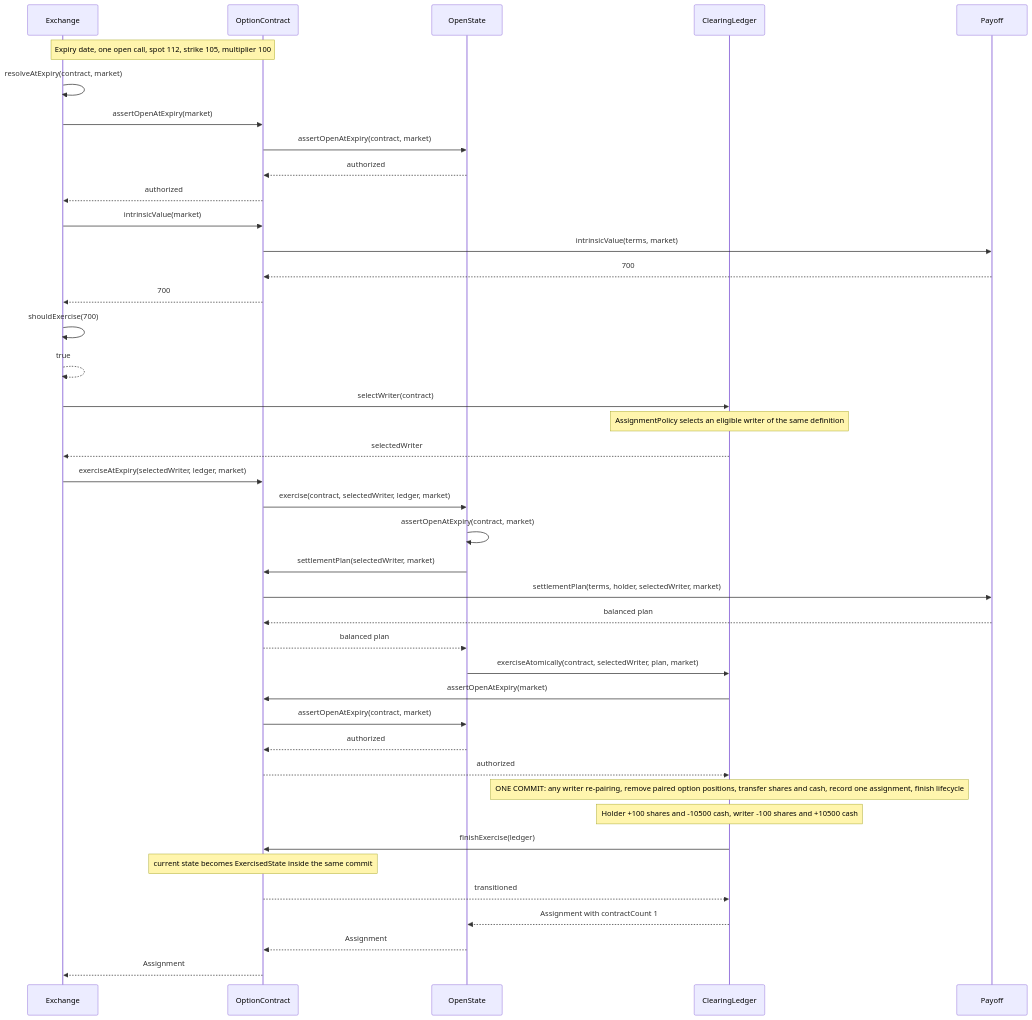
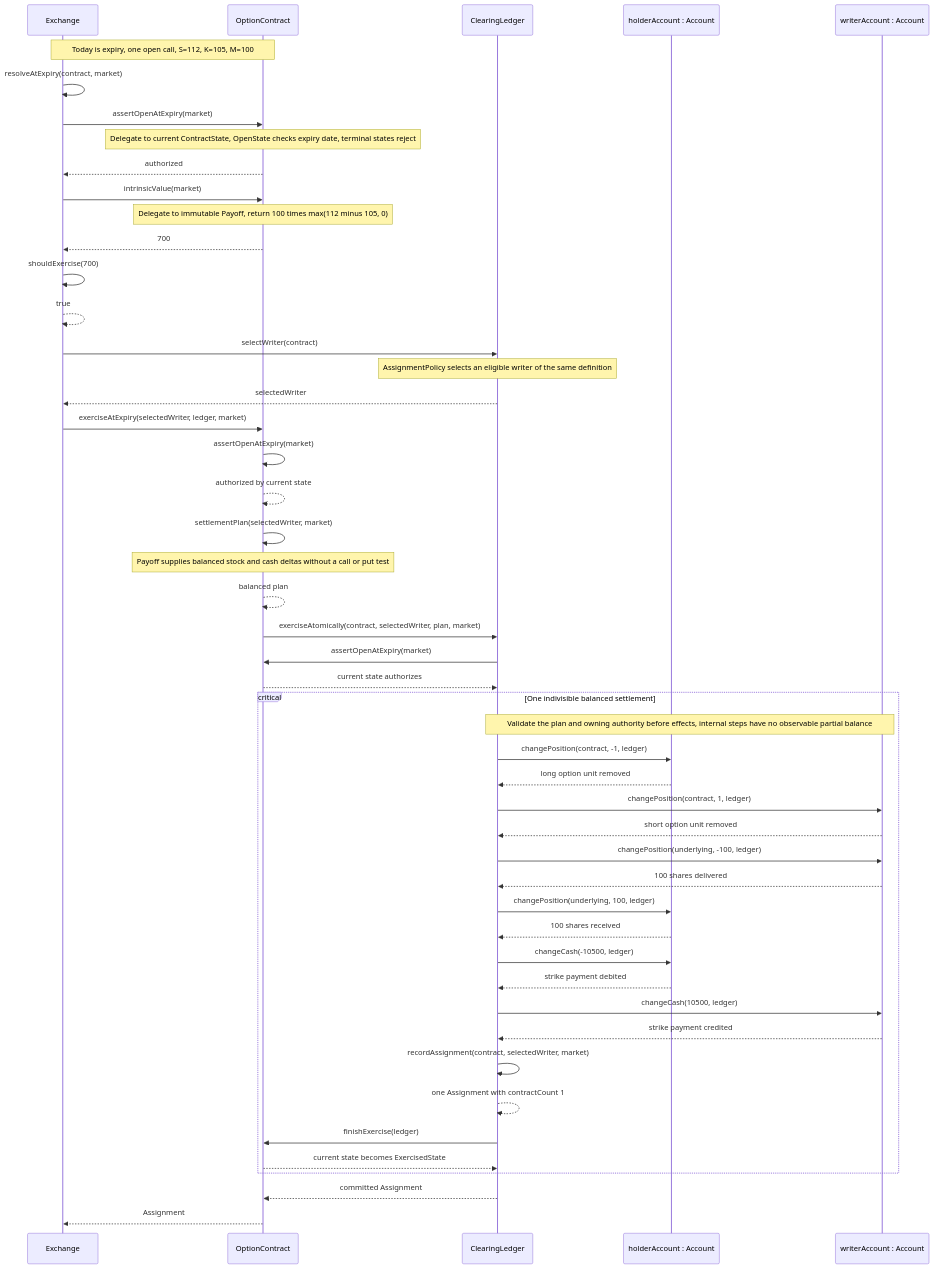
The diagram in design/expiry.md (SHAZAN01/csc582-options-asg2), drawn with Mermaid before and after one commit. The commit also changed other lines of this file and 8 other files, not shown here.

Commit message:
Clarify settlement trace and lifecycle responsibilities

````diff
--- a/design/expiry.md
+++ b/design/expiry.md
@@ -8,47 +9,54 @@
 ```mermaid
 sequenceDiagram
     participant Exchange
     participant OptionContract
-    participant OpenState
     participant ClearingLedger
-    participant Payoff
+    participant Holder as holderAccount : Account
+    participant Writer as writerAccount : Account
 
-    Note over Exchange,OptionContract: Expiry date, one open call, spot 112, strike 105, multiplier 100
+    Note over Exchange,OptionContract: Today is expiry, one open call, S=112, K=105, M=100
     Exchange->>Exchange: resolveAtExpiry(contract, market)
     Exchange->>OptionContract: assertOpenAtExpiry(market)
-    OptionContract->>OpenState: assertOpenAtExpiry(contract, market)
-    OpenState-->>OptionContract: authorized
+    Note over OptionContract: Delegate to current ContractState, OpenState checks expiry date, terminal states reject
     OptionContract-->>Exchange: authorized
-
     Exchange->>OptionContract: intrinsicValue(market)
-    OptionContract->>Payoff: intrinsicValue(terms, market)
-    Payoff-->>OptionContract: 700
+    Note over OptionContract: Delegate to immutable Payoff, return 100 times max(112 minus 105, 0)
     OptionContract-->>Exchange: 700
     Exchange->>Exchange: shouldExercise(700)
     Exchange-->>Exchange: true
-
     Exchange->>ClearingLedger: selectWriter(contract)
     Note over ClearingLedger: AssignmentPolicy selects an eligible writer of the same definition
     ClearingLedger-->>Exchange: selectedWriter
+
     Exchange->>OptionContract: exerciseAtExpiry(selectedWriter, ledger, market)
-    OptionContract->>OpenState: exercise(contract, selectedWriter, ledger, market)
-    OpenState->>OpenState: assertOpenAtExpiry(contract, market)
-    OpenState->>OptionContract: settlementPlan(selectedWriter, market)
-    OptionContract->>Payoff: settlementPlan(terms, holder, selectedWriter, market)
-    Payoff-->>OptionContract: balanced plan
-    OptionContract-->>OpenState: balanced plan
+    OptionContract->>OptionContract: assertOpenAtExpiry(market)
+    OptionContract-->>OptionContract: authorized by current state
+    OptionContract->>OptionContract: settlementPlan(selectedWriter, market)
+    Note over OptionContract: Payoff supplies balanced stock and cash deltas without a call or put test
+    OptionContract-->>OptionContract: balanced plan
+    OptionContract->>ClearingLedger: exerciseAtomically(contract, selectedWriter, plan, market)
+    ClearingLedger->>OptionContract: assertOpenAtExpiry(market)
+    OptionContract-->>ClearingLedger: current state authorizes
 
-    OpenState->>ClearingLedger: exerciseAtomically(contract, selectedWriter, plan, market)
-    ClearingLedger->>OptionContract: assertOpenAtExpiry(market)
-    OptionContract->>OpenState: assertOpenAtExpiry(contract, market)
-    OpenState-->>OptionContract: authorized
-    OptionContract-->>ClearingLedger: authorized
-    Note over ClearingLedger: ONE COMMIT: any writer re-pairing, remove paired option positions, transfer shares and cash, record one assignment, finish lifecycle
-    Note over ClearingLedger: Holder +100 shares and -10500 cash, writer -100 shares and +10500 cash
-    ClearingLedger->>OptionContract: finishExercise(ledger)
-    Note over OptionContract: current state becomes ExercisedState inside the same commit
-    OptionContract-->>ClearingLedger: transitioned
-    ClearingLedger-->>OpenState: Assignment with contractCount 1
-    OpenState-->>OptionContract: Assignment
+    critical One indivisible balanced settlement
+        Note over ClearingLedger,Writer: Validate the plan and owning authority before effects, internal steps have no observable partial balance
+        ClearingLedger->>Holder: changePosition(contract, -1, ledger)
+        Holder-->>ClearingLedger: long option unit removed
+        ClearingLedger->>Writer: changePosition(contract, 1, ledger)
+        Writer-->>ClearingLedger: short option unit removed
+        ClearingLedger->>Writer: changePosition(underlying, -100, ledger)
+        Writer-->>ClearingLedger: 100 shares delivered
+        ClearingLedger->>Holder: changePosition(underlying, 100, ledger)
+        Holder-->>ClearingLedger: 100 shares received
+        ClearingLedger->>Holder: changeCash(-10500, ledger)
+        Holder-->>ClearingLedger: strike payment debited
+        ClearingLedger->>Writer: changeCash(10500, ledger)
+        Writer-->>ClearingLedger: strike payment credited
+        ClearingLedger->>ClearingLedger: recordAssignment(contract, selectedWriter, market)
+        ClearingLedger-->>ClearingLedger: one Assignment with contractCount 1
+        ClearingLedger->>OptionContract: finishExercise(ledger)
+        OptionContract-->>ClearingLedger: current state becomes ExercisedState
+    end
+    ClearingLedger-->>OptionContract: committed Assignment
     OptionContract-->>Exchange: Assignment
 ```
````
